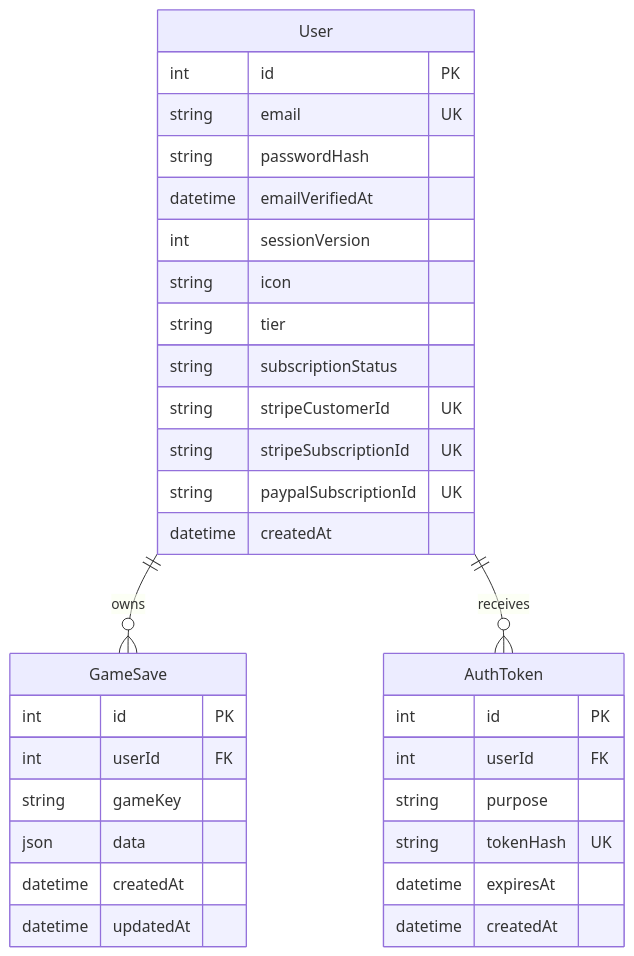
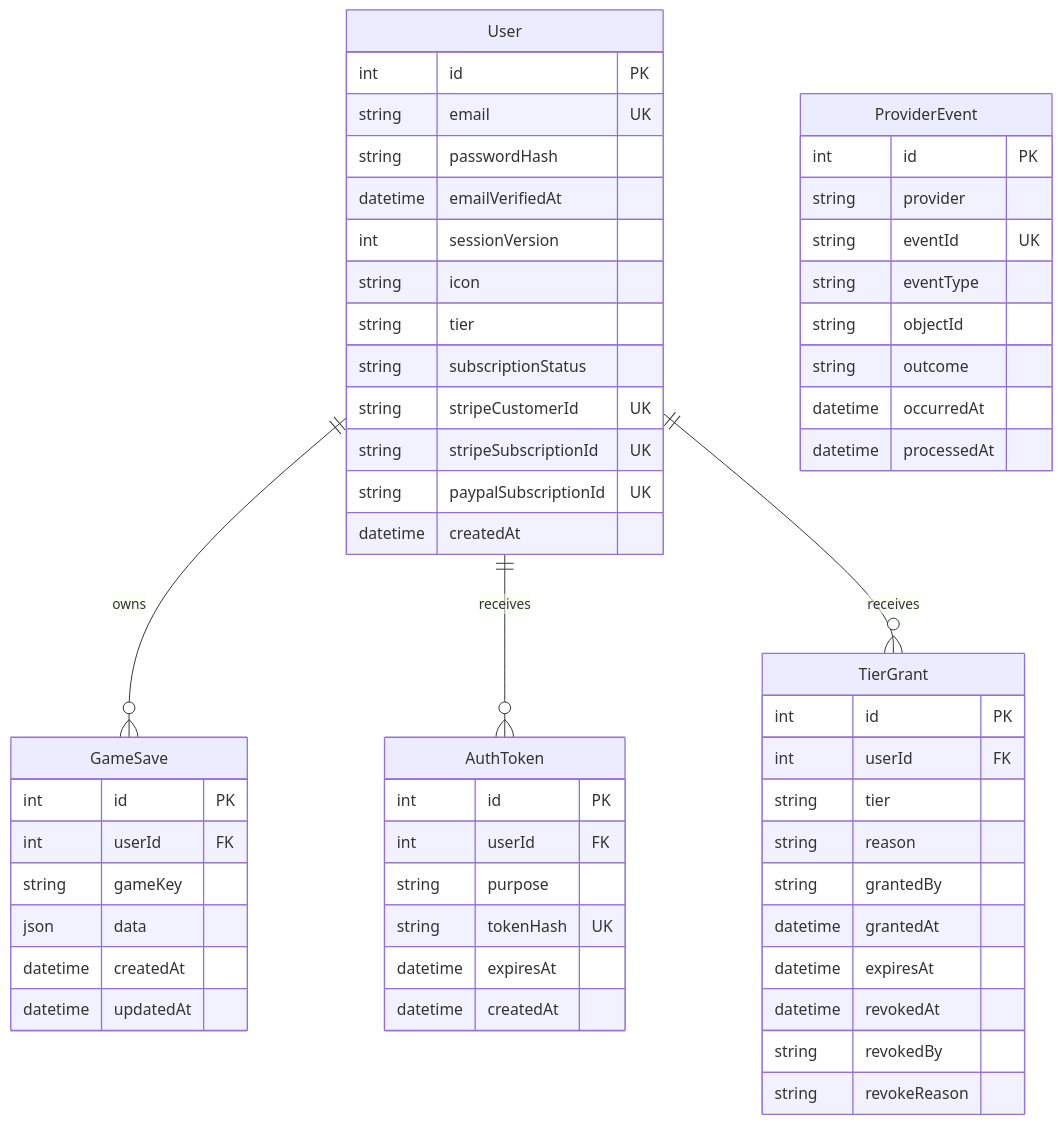
One commit to JacobDGrieco/PokemonPGC_v2 changed the diagram in docs/data-model.md. Above: the diagram before and after it, drawn with Mermaid. The commit also changed other lines of this file and 51 other files, not shown here.

````diff
--- a/docs/data-model.md
+++ b/docs/data-model.md
@@ -5,35 +7,58 @@
 ```mermaid
 erDiagram
 	User ||--o{ GameSave : owns
 	User ||--o{ AuthToken : receives
+	User ||--o{ TierGrant : receives
+	ProviderEvent {
+		int id PK
+		string provider
+		string eventId UK
+		string eventType
+		string objectId
+		string outcome
+		datetime occurredAt
+		datetime processedAt
+	}
 	User {
 		int id PK
 		string email UK
 		string passwordHash
 		datetime emailVerifiedAt
 		int sessionVersion
 		string icon
 		string tier
 		string subscriptionStatus
 		string stripeCustomerId UK
 		string stripeSubscriptionId UK
 		string paypalSubscriptionId UK
 		datetime createdAt
 	}
 	GameSave {
 		int id PK
 		int userId FK
 		string gameKey
 		json data
 		datetime createdAt
 		datetime updatedAt
 	}
 	AuthToken {
 		int id PK
 		int userId FK
 		string purpose
 		string tokenHash UK
 		datetime expiresAt
 		datetime createdAt
 	}
+	TierGrant {
+		int id PK
+		int userId FK
+		string tier
+		string reason
+		string grantedBy
+		datetime grantedAt
+		datetime expiresAt
+		datetime revokedAt
+		string revokedBy
+		string revokeReason
+	}
 ```
````
